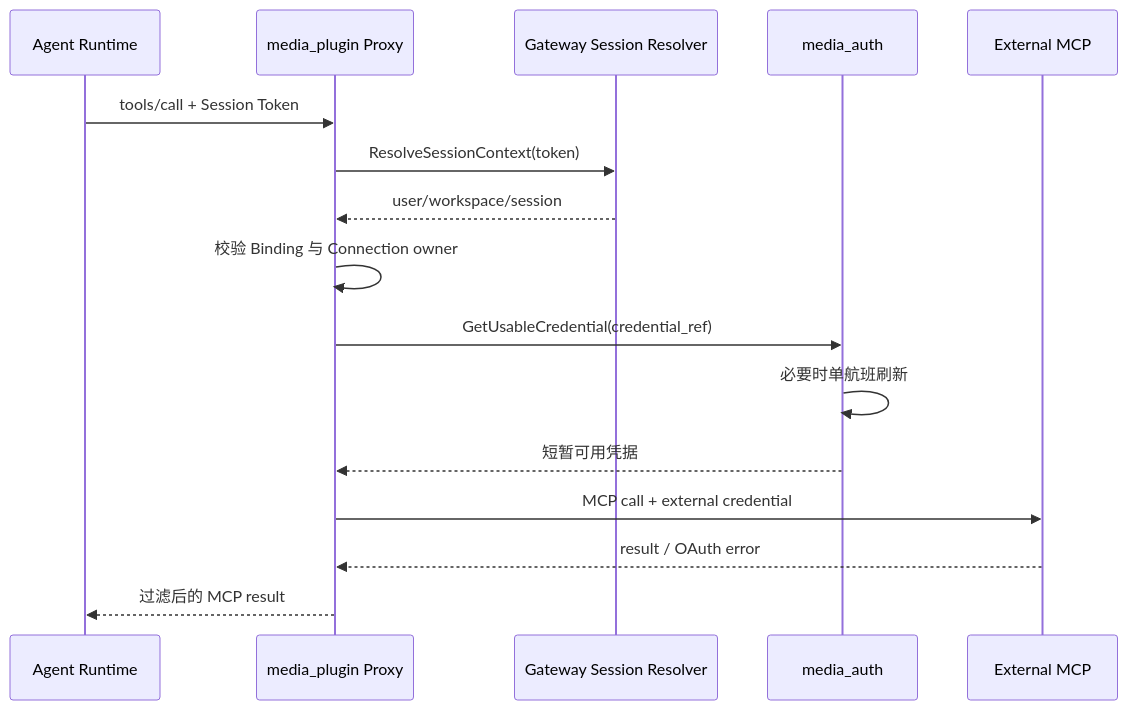
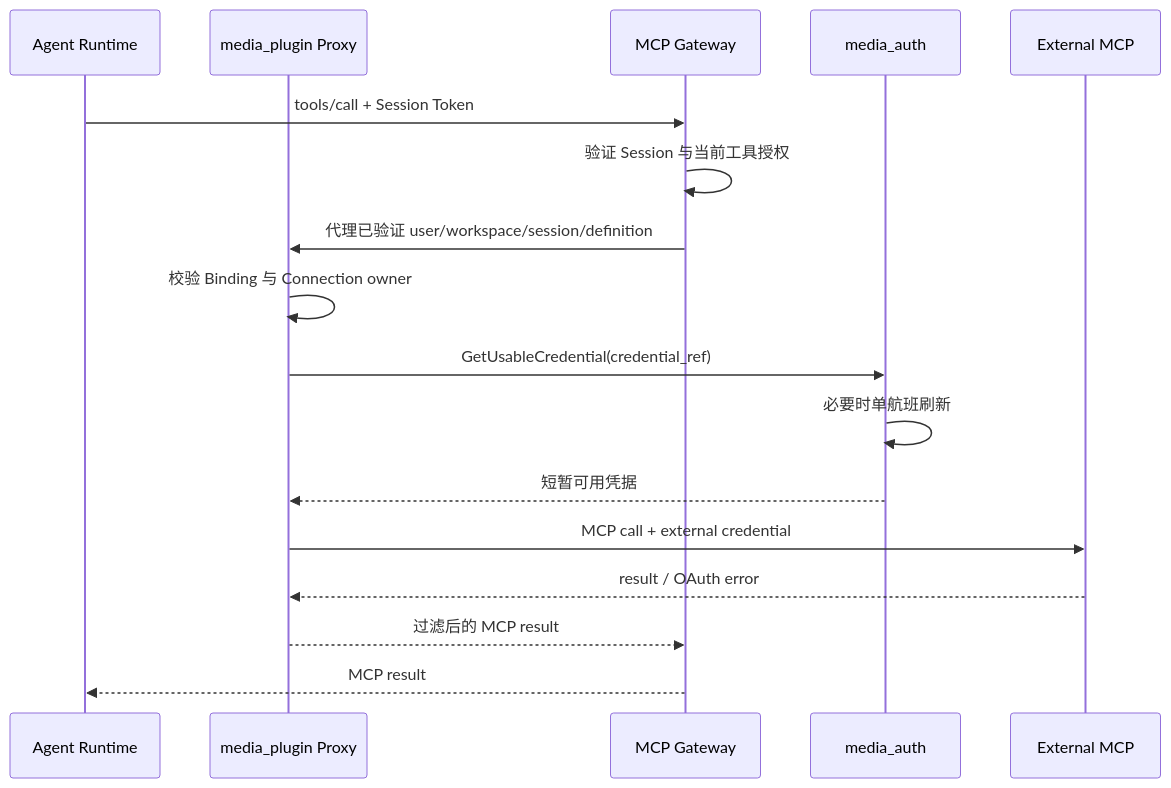
One commit to hotttao/media_agent changed the diagram in docs/ddd/media_plugin/workflow/0002-external_mcp_oauth_proxy/external_mcp_oauth_proxy.md. Above: the diagram before and after it, drawn with Mermaid. The commit also changed other lines of this file and 355 other files, not shown here.

Commit message:
feat(agent): implement runtime architecture through workload provisioning

````diff
--- a/docs/ddd/media_plugin/workflow/0002-external_mcp_oauth_proxy/external_mcp_oauth_proxy.md
+++ b/docs/ddd/media_plugin/workflow/0002-external_mcp_oauth_proxy/external_mcp_oauth_proxy.md
@@ -20,18 +20,19 @@
 ```mermaid
 sequenceDiagram
     participant R as Agent Runtime
     participant P as media_plugin Proxy
-    participant S as Gateway Session Resolver
+    participant S as MCP Gateway
     participant A as media_auth
     participant E as External MCP
-    R->>P: tools/call + Session Token
-    P->>S: ResolveSessionContext(token)
-    S-->>P: user/workspace/session
+    R->>S: tools/call + Session Token
+    S->>S: 验证 Session 与当前工具授权
+    S->>P: 代理已验证 user/workspace/session/definition
     P->>P: 校验 Binding 与 Connection owner
     P->>A: GetUsableCredential(credential_ref)
     A->>A: 必要时单航班刷新
     A-->>P: 短暂可用凭据
     P->>E: MCP call + external credential
     E-->>P: result / OAuth error
-    P-->>R: 过滤后的 MCP result
+    P-->>S: 过滤后的 MCP result
+    S-->>R: MCP result
 ```
````
